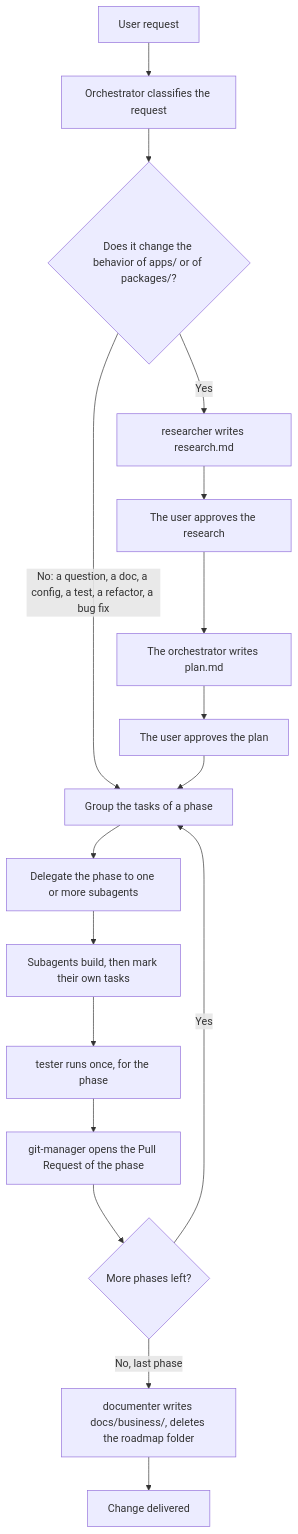
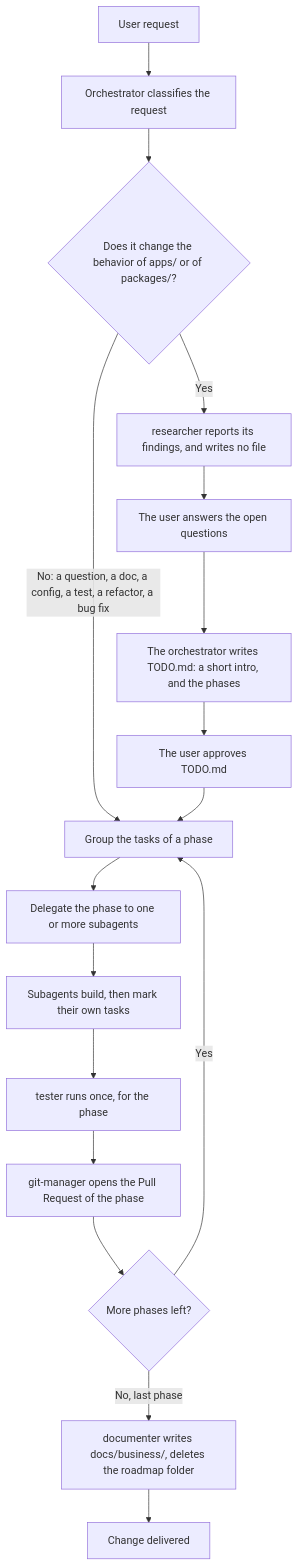
One commit to GitOpsLovers/gitpaas changed the diagram in docs/architecture/agents/key-flows.md. Above: the diagram before and after it, drawn with Mermaid. The commit also changed other lines of this file and 28 other files, not shown here.

Commit message:
docs: improve SDD flow

````diff
--- a/docs/architecture/agents/key-flows.md
+++ b/docs/architecture/agents/key-flows.md
@@ -10,19 +7,19 @@
 ```mermaid
 flowchart TD
     A[User request] --> B[Orchestrator classifies the request]
     B --> C{Does it change the behavior of apps/ or of packages/?}
     C -->|No: a question, a doc, a config, a test, a refactor, a bug fix| E[Group the tasks of a phase]
-    C -->|Yes| R[researcher writes research.md]
-    R --> RA[The user approves the research]
-    RA --> P[The orchestrator writes plan.md]
-    P --> PA[The user approves the plan]
+    C -->|Yes| R[researcher reports its findings, and writes no file]
+    R --> RA[The user answers the open questions]
+    RA --> P[The orchestrator writes TODO.md: a short intro, and the phases]
+    P --> PA[The user approves TODO.md]
     PA --> E
     E --> F[Delegate the phase to one or more subagents]
     F --> G[Subagents build, then mark their own tasks]
     G --> H[tester runs once, for the phase]
     H --> I[git-manager opens the Pull Request of the phase]
     I --> J{More phases left?}
     J -->|Yes| E
     J -->|No, last phase| DOC[documenter writes docs/business/, deletes the roadmap folder]
     DOC --> K[Change delivered]
 ```
````
